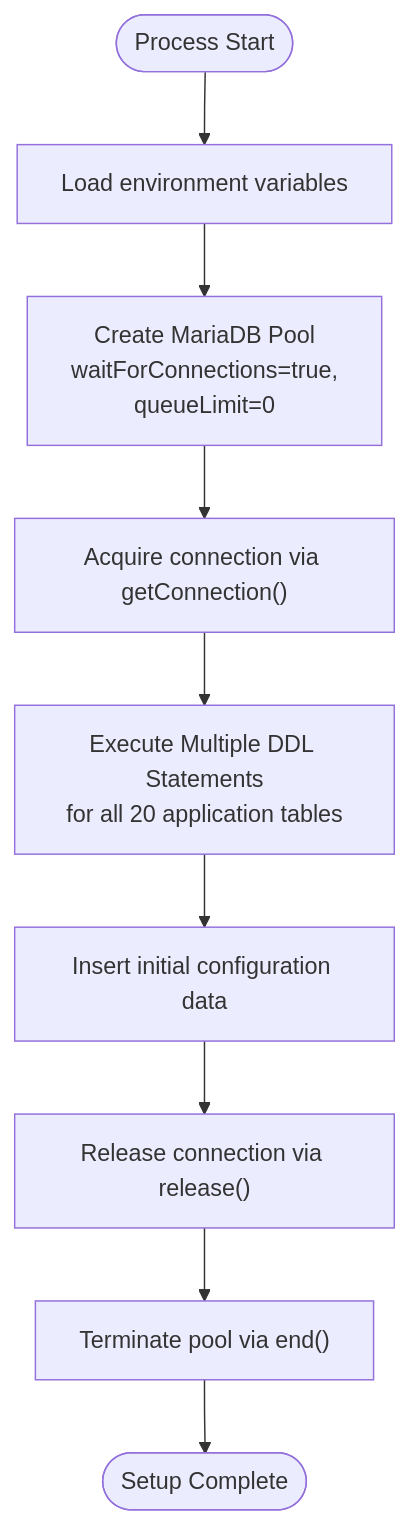
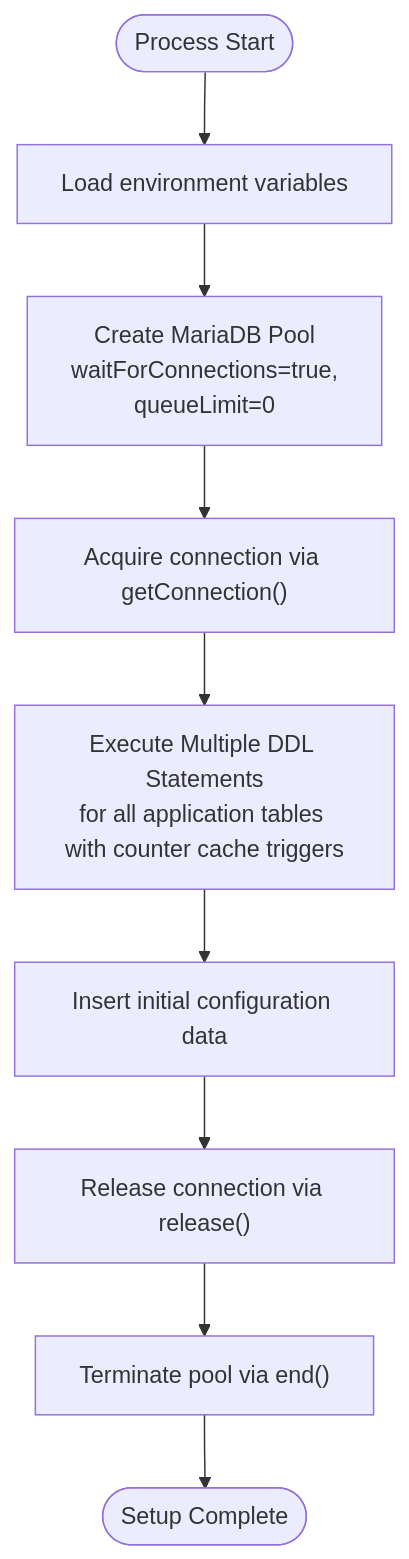
Before and after one commit to luiseduacosta/nodemural: the third of 7 diagrams in .qoder/repowiki/en/content/Data Models & Database Design/Database Architecture & Connection Management/Database Architecture & Connection Management.md, drawn with Mermaid. The commit also changed other lines of this file and 16 other files, not shown here.

````diff
--- a/.qoder/repowiki/en/content/Data Models & Database Design/Database Architecture & Connection Management/Database Architecture & Connection Management.md
+++ b/.qoder/repowiki/en/content/Data Models & Database Design/Database Architecture & Connection Management/Database Architecture & Connection Management.md
@@ -200,11 +243,11 @@
 ```mermaid
 flowchart TD
 Start(["Process Start"]) --> LoadEnv["Load environment variables"]
 LoadEnv --> CreatePool["Create MariaDB Pool<br/>waitForConnections=true,<br/>queueLimit=0"]
 CreatePool --> UsePool["Acquire connection via getConnection()"]
-UsePool --> ExecuteDDL["Execute Multiple DDL Statements<br/>for all 20 application tables"]
+UsePool --> ExecuteDDL["Execute Multiple DDL Statements<br/>for all application tables with counter cache triggers"]
 ExecuteDDL --> InsertInitialData["Insert initial configuration data"]
 InsertInitialData --> ReleaseConn["Release connection via release()"]
 ReleaseConn --> EndPool["Terminate pool via end()"]
 EndPool --> Complete(["Setup Complete"])
 ```
````
